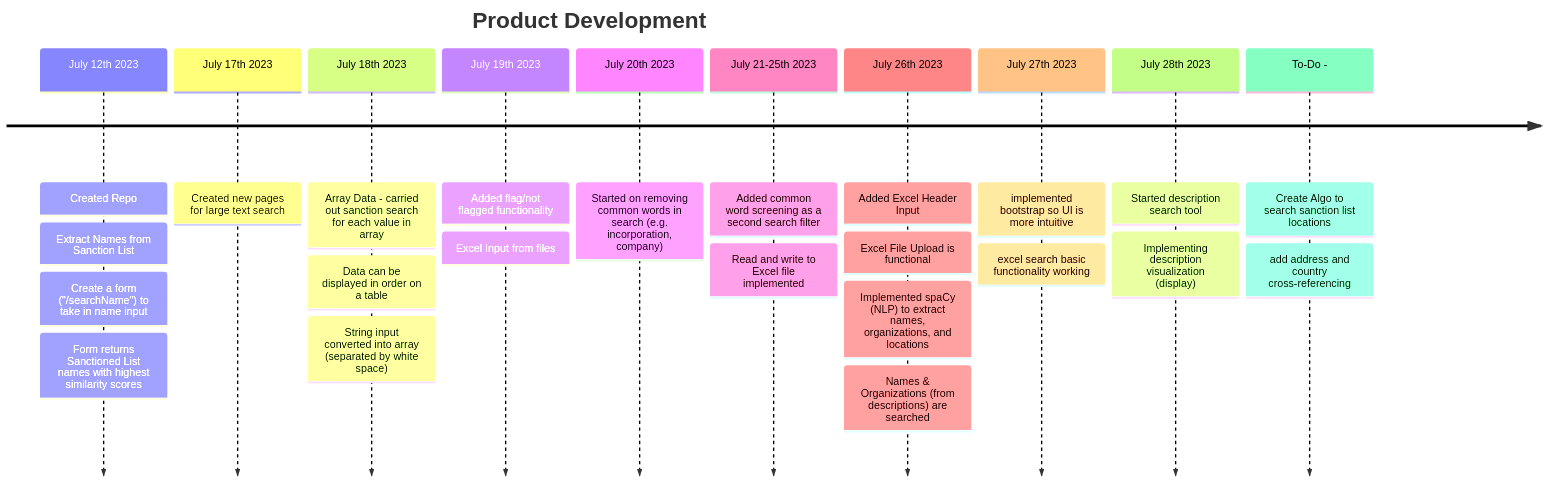
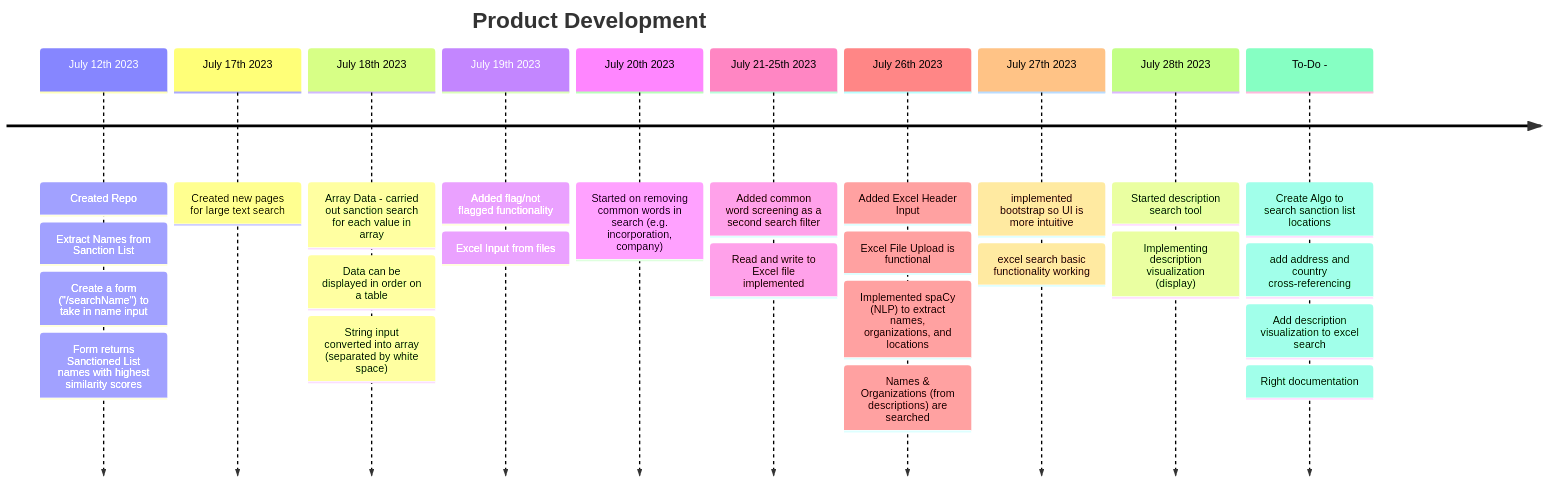
One commit to james-csy/sanctionlistchecker changed the diagram in README.md. Above: the diagram before and after it, drawn with Mermaid.

````diff
--- a/README.md
+++ b/README.md
@@ -6,14 +6,14 @@
 ```mermaid
 timeline
     title Product Development
     July 12th 2023: Created Repo: Extract Names from Sanction List: Create a form ("/searchName") to take in name input: Form returns Sanctioned List names with highest similarity scores
     July 17th 2023: Created new pages for large text search
     July 18th 2023: Array Data - carried out sanction search for each value in array: Data can be displayed in order on a table: String input converted into array (separated by white space)
     July 19th 2023: Added flag/not flagged functionality: Excel Input from files
     July 20th 2023: Started on removing common words in search (e.g. incorporation, company)
     July 21-25th 2023: Added common word screening as a second search filter: Read and write to Excel file implemented
     July 26th 2023: Added Excel Header Input: Excel File Upload is functional: Implemented spaCy (NLP) to extract names, organizations, and locations: Names & Organizations (from descriptions) are searched
     July 27th 2023: implemented bootstrap so UI is more intuitive: excel search basic functionality working
     July 28th 2023: Started description search tool: Implementing description visualization (display)
-    To-Do - : Create Algo to search sanction list locations: add address and country cross-referencing
+    To-Do - : Create Algo to search sanction list locations: add address and country cross-referencing: Add description visualization to excel search: Right documentation
 ```
````
